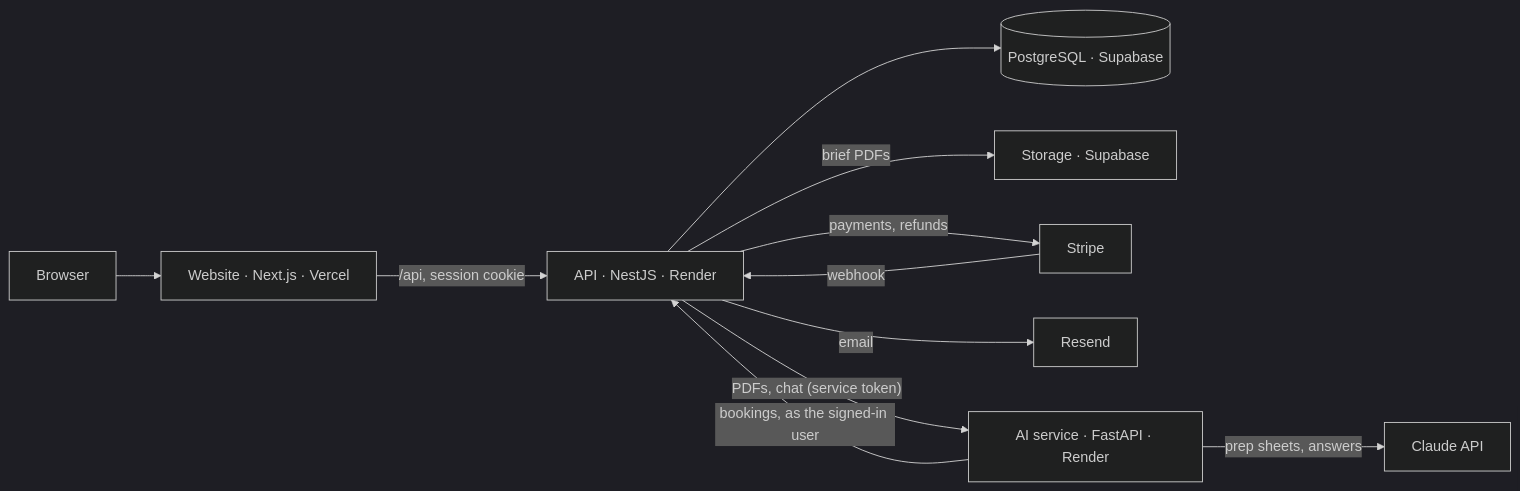
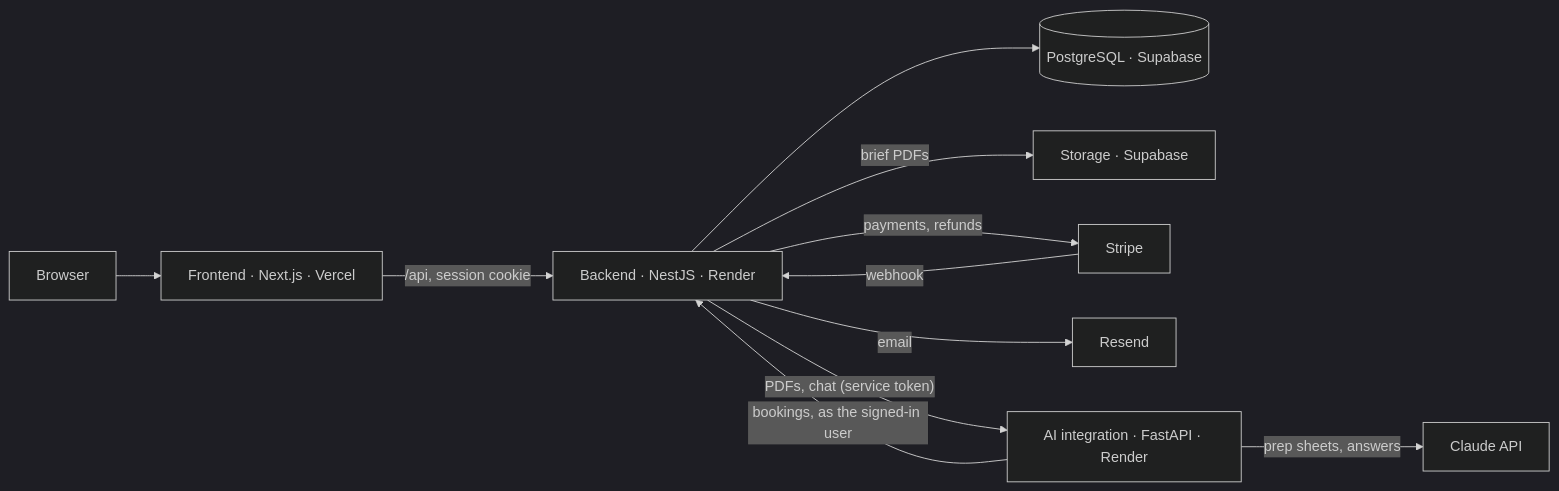
The diagram in README.md (pjungjs/consultly), drawn with Mermaid (dark theme) before and after one commit. The commit also changed other lines of this file and 7 other files, not shown here.

````diff
--- a/README.md
+++ b/README.md
@@ -58,13 +77,13 @@
 ```mermaid
 flowchart LR
-  Browser --> Web["Website · Next.js · Vercel"]
-  Web -->|"/api, session cookie"| API["API · NestJS · Render"]
+  Browser --> Web["Frontend · Next.js · Vercel"]
+  Web -->|"/api, session cookie"| API["Backend · NestJS · Render"]
   API --> DB[("PostgreSQL · Supabase")]
   API -->|brief PDFs| Storage["Storage · Supabase"]
   API -->|payments, refunds| Stripe
   Stripe -->|webhook| API
   API -->|email| Resend
-  API -->|"PDFs, chat (service token)"| AI["AI service · FastAPI · Render"]
+  API -->|"PDFs, chat (service token)"| AI["AI integration · FastAPI · Render"]
   AI -->|prep sheets, answers| Claude[Claude API]
   AI -->|"bookings, as the signed-in user"| API
 ```
````
